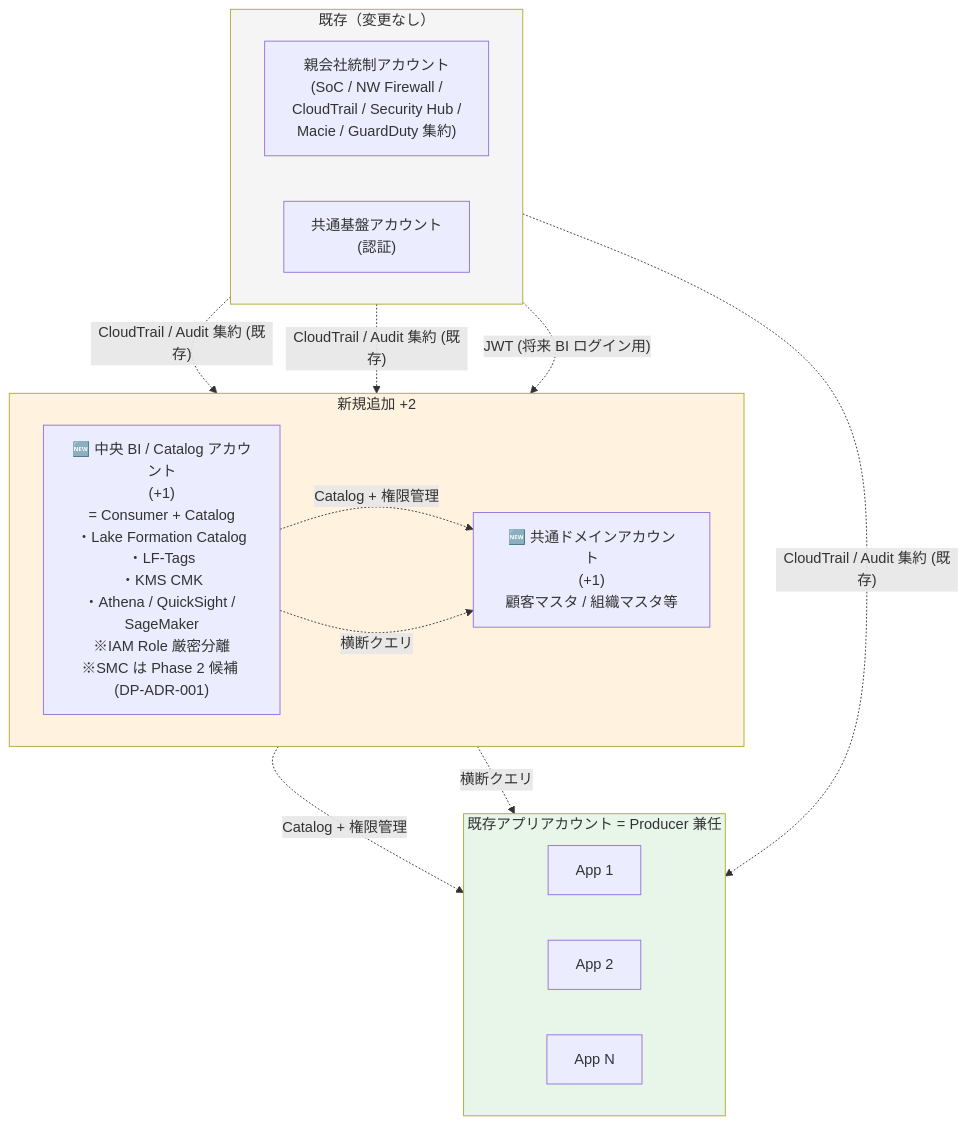
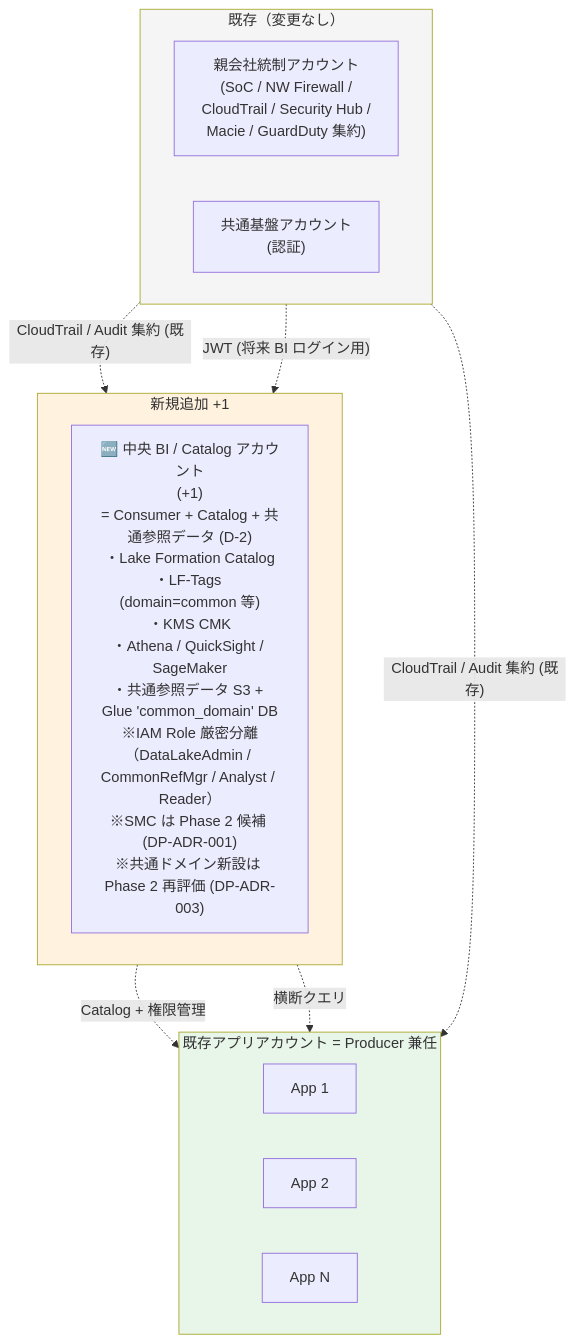
The first of 4 diagrams in doc/data-platform/strawman-proposal.md (suepie/aws-atuh-poc), drawn with Mermaid before and after one commit. The commit also changed other lines of this file and 11 other files, not shown here.

````diff
--- a/doc/data-platform/strawman-proposal.md
+++ b/doc/data-platform/strawman-proposal.md
@@ -70,35 +70,31 @@
 ```mermaid
 flowchart TB
     subgraph Existing["既存（変更なし）"]
         direction LR
         Parent["親会社統制アカウント<br/>(SoC / NW Firewall /<br/>CloudTrail / Security Hub /<br/>Macie / GuardDuty 集約)"]
         Auth["共通基盤アカウント<br/>(認証)"]
     end
 
-    subgraph New["新規追加 +2"]
+    subgraph New["新規追加 +1"]
         direction LR
-        BICat["🆕 中央 BI / Catalog アカウント<br/>(+1)<br/>= Consumer + Catalog<br/>・Lake Formation Catalog<br/>・LF-Tags<br/>・KMS CMK<br/>・Athena / QuickSight / SageMaker<br/>※IAM Role 厳密分離<br/>※SMC は Phase 2 候補 (DP-ADR-001)"]
-        Common["🆕 共通ドメインアカウント<br/>(+1)<br/>顧客マスタ / 組織マスタ等"]
+        BICat["🆕 中央 BI / Catalog アカウント<br/>(+1)<br/>= Consumer + Catalog + 共通参照データ (D-2)<br/>・Lake Formation Catalog<br/>・LF-Tags (domain=common 等)<br/>・KMS CMK<br/>・Athena / QuickSight / SageMaker<br/>・共通参照データ S3 + Glue 'common_domain' DB<br/>※IAM Role 厳密分離（DataLakeAdmin / CommonRefMgr / Analyst / Reader）<br/>※SMC は Phase 2 候補 (DP-ADR-001)<br/>※共通ドメイン新設は Phase 2 再評価 (DP-ADR-003)"]
     end
 
     subgraph Apps["既存アプリアカウント = Producer 兼任"]
         direction LR
         App1["App 1"]
         App2["App 2"]
         AppN["App N"]
     end
 
     BICat -.Catalog + 権限管理.-> Apps
-    BICat -.Catalog + 権限管理.-> Common
     BICat -.横断クエリ.-> Apps
-    BICat -.横断クエリ.-> Common
 
     Parent -.CloudTrail / Audit 集約 (既存).-> BICat
     Parent -.CloudTrail / Audit 集約 (既存).-> Apps
-    Parent -.CloudTrail / Audit 集約 (既存).-> Common
     Auth -.JWT (将来 BI ログイン用).-> BICat
 
     style Existing fill:#f5f5f5
     style New fill:#fff3e0
     style Apps fill:#e8f5e9
 ```
````
